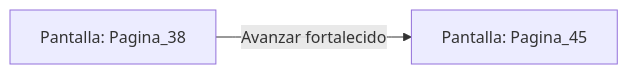
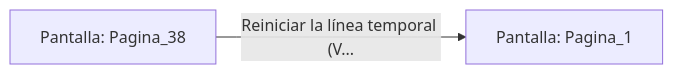
The diagram in sample/eligejuego-vault/Pantalla_Pagina_38.md (metsuke/mpl), drawn with Mermaid before and after one commit. The commit also changed other lines of this file and 635 other files, not shown here.

First line of the commit message:
fix: añadir Pagina_1 como pantalla inicial en capitulo_01.mpl

````diff
--- a/sample/eligejuego-vault/Pantalla_Pagina_38.md
+++ b/sample/eligejuego-vault/Pantalla_Pagina_38.md
@@ -14,5 +19,5 @@
 ```mermaid
 graph LR
     P_Pagina_38["Pantalla: Pagina_38"]
-    P_Pagina_38 -->|"Avanzar fortalecido"| P_Pagina_45["Pantalla: Pagina_45"]
+    P_Pagina_38 -->|"Reiniciar la línea temporal (V..."| P_Pagina_1["Pantalla: Pagina_1"]
 ```
````
